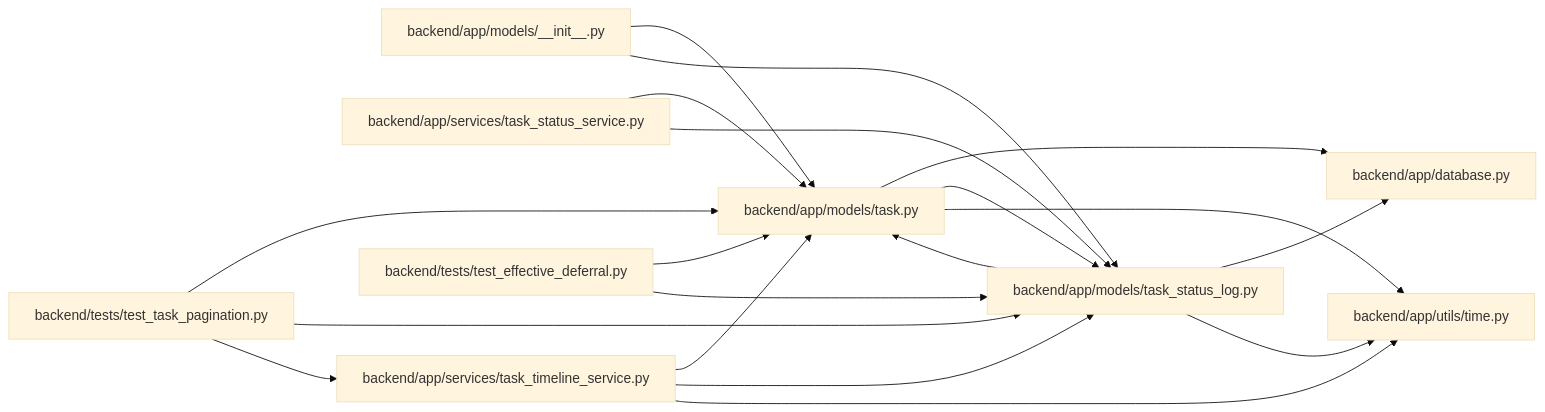
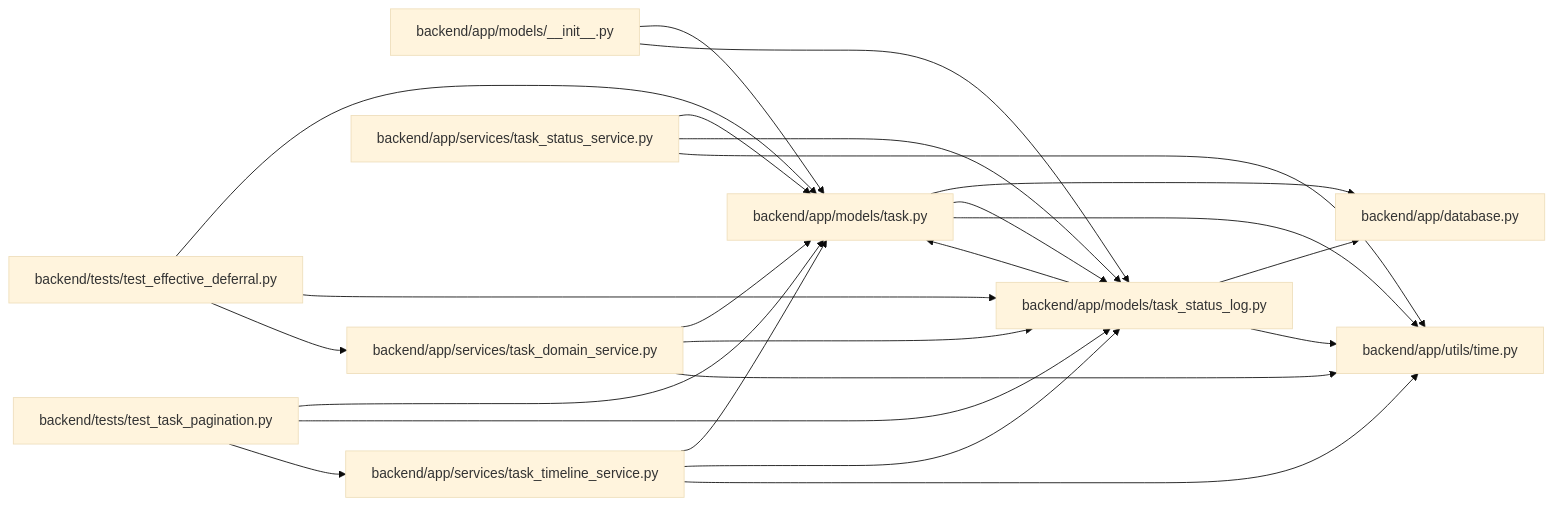
One commit to Denissvgn/WorkChord changed the diagram in docs/llm_wiki/modules/task_status_log.md. Above: the diagram before and after it, drawn with Mermaid (base theme). The commit also changed other lines of this file and 25171 other files, not shown here.

````diff
--- a/docs/llm_wiki/modules/task_status_log.md
+++ b/docs/llm_wiki/modules/task_status_log.md
@@ -24,39 +24,46 @@
 ```mermaid
 flowchart LR
     n0["backend/app/database.py"]
     n1["backend/app/models/__init__.py"]
     n2["backend/app/models/task.py"]
     n3["backend/app/models/task_status_log.py"]
-    n4["backend/app/services/task_status_service.py"]
-    n5["backend/app/services/task_timeline_service.py"]
-    n6["backend/app/utils/time.py"]
-    n7["backend/tests/test_effective_deferral.py"]
-    n8["backend/tests/test_task_pagination.py"]
+    n4["backend/app/services/task_domain_service.py"]
+    n5["backend/app/services/task_status_service.py"]
+    n6["backend/app/services/task_timeline_service.py"]
+    n7["backend/app/utils/time.py"]
+    n8["backend/tests/test_effective_deferral.py"]
+    n9["backend/tests/test_task_pagination.py"]
     n1 --> n2
     n1 --> n3
     n2 --> n0
     n2 --> n3
-    n2 --> n6
+    n2 --> n7
     n3 --> n0
     n3 --> n2
-    n3 --> n6
+    n3 --> n7
     n4 --> n2
     n4 --> n3
+    n4 --> n7
     n5 --> n2
     n5 --> n3
-    n5 --> n6
-    n7 --> n2
-    n7 --> n3
+    n5 --> n7
+    n6 --> n2
+    n6 --> n3
+    n6 --> n7
     n8 --> n2
     n8 --> n3
-    n8 --> n5
+    n8 --> n4
+    n9 --> n2
+    n9 --> n3
+    n9 --> n6
     click n0 "../modules/app_database.md"
     click n1 "../modules/models___init__.md"
     click n2 "../modules/models_task.md"
     click n3 "../modules/task_status_log.md"
-    click n4 "../modules/task_status_service.md"
-    click n5 "../modules/task_timeline_service.md"
-    click n6 "../modules/time.md"
-    click n7 "../modules/test_effective_deferral.md"
-    click n8 "../modules/test_task_pagination.md"
+    click n4 "../modules/task_domain_service.md"
+    click n5 "../modules/task_status_service.md"
+    click n6 "../modules/task_timeline_service.md"
+    click n7 "../modules/time.md"
+    click n8 "../modules/test_effective_deferral.md"
+    click n9 "../modules/test_task_pagination.md"
 ```
````
